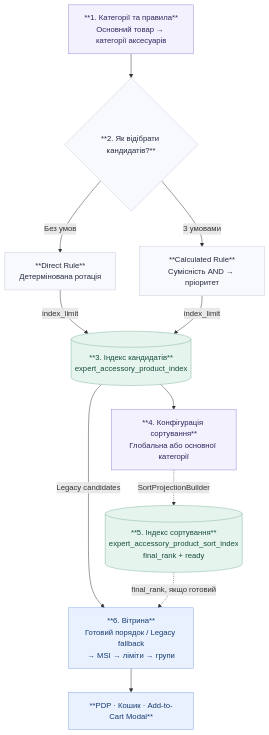
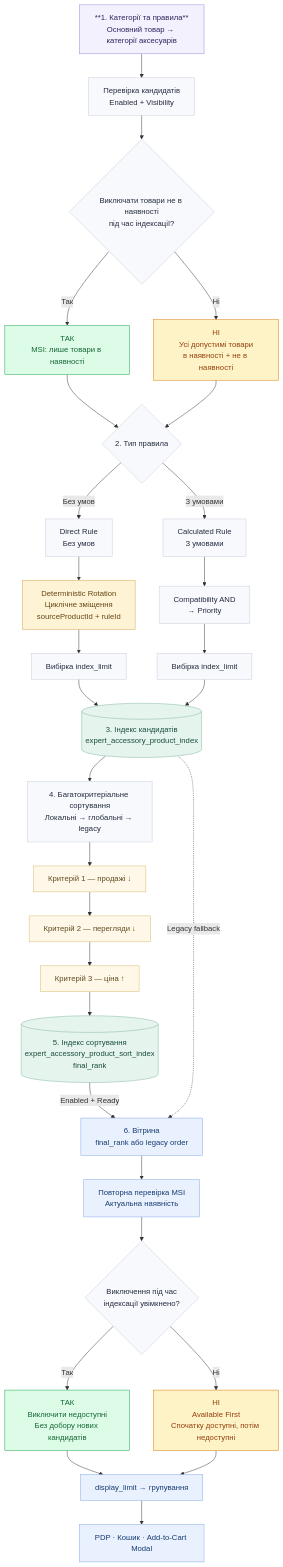
One commit to tviggyr/expert-docs changed the diagram in docs/published/backend/accessories/accessories-guide-with-flow.md. Above: the diagram before and after it, drawn with Mermaid. The commit also changed other lines of this file and 16 other files, not shown here.

````diff
--- a/docs/published/backend/accessories/accessories-guide-with-flow.md
+++ b/docs/published/backend/accessories/accessories-guide-with-flow.md
@@ -1248,32 +1248,68 @@
 ```mermaid
 flowchart TB
     A["**1. Категорії та правила**<br/>Основний товар → категорії аксесуарів"]
-    B{"**2. Як відібрати кандидатів?**"}
-    D["**Direct Rule**<br/>Детермінована ротація"]
-    C["**Calculated Rule**<br/>Сумісність AND → пріоритет"]
-    I[("**3. Індекс кандидатів**<br/>expert_accessory_product_index")]
-    G["**4. Конфігурація сортування**<br/>Глобальна або основної категорії"]
-    P[("**5. Індекс сортування**<br/>expert_accessory_product_sort_index<br/>final_rank + ready")]
-    S["**6. Вітрина**<br/>Готовий порядок / Legacy fallback<br/>→ MSI → ліміти → групи"]
-    O["**PDP · Кошик · Add-to-Cart Modal**"]
+    E["Перевірка кандидатів<br/>Enabled + Visibility"]
+    X{"Виключати товари не в наявності<br/>під час індексації?"}
+    Y["ТАК<br/>MSI: лише товари в наявності"]
+    N["НІ<br/>Усі допустимі товари<br/>в наявності + не в наявності"]
 
-    A --> B
-    B -->|Без умов| D
-    B -->|З умовами| C
-    D -->|index_limit| I
-    C -->|index_limit| I
-    I --> G
-    G -.->|SortProjectionBuilder| P
-    I -->|Legacy candidates| S
-    P -.->|final_rank, якщо готовий| S
-    S --> O
+    B{"2. Тип правила"}
+    D["Direct Rule<br/>Без умов"]
+    R["Deterministic Rotation<br/>Циклічне зміщення<br/>sourceProductId + ruleId"]
+    DL["Вибірка index_limit"]
+
+    C["Calculated Rule<br/>З умовами"]
+    CP["Compatibility AND<br/>→ Priority"]
+    CL["Вибірка index_limit"]
+
+    I[("3. Індекс кандидатів<br/>expert_accessory_product_index")]
+
+    M["4. Багатокритеріальне сортування<br/>Локальні → глобальні → legacy"]
+    K1["Критерій 1 — продажі ↓"]
+    K2["Критерій 2 — перегляди ↓"]
+    K3["Критерій 3 — ціна ↑"]
+    P[("5. Індекс сортування<br/>expert_accessory_product_sort_index<br/>final_rank")]
+
+    S["6. Вітрина<br/>final_rank або legacy order"]
+    Q["Повторна перевірка MSI<br/>Актуальна наявність"]
+    V{"Виключення під час<br/>індексації увімкнено?"}
+    VS["ТАК<br/>Виключити недоступні<br/>Без добору нових кандидатів"]
+    VN["НІ<br/>Available First<br/>Спочатку доступні, потім недоступні"]
+    L["display_limit → групування"]
+    O["PDP · Кошик · Add-to-Cart Modal"]
+
+    A --> E --> X
+    X -->|Так| Y --> B
+    X -->|Ні| N --> B
+
+    B -->|Без умов| D --> R --> DL --> I
+    B -->|З умовами| C --> CP --> CL --> I
+
+    I --> M
+    M --> K1 --> K2 --> K3 --> P
+    P -->|Enabled + Ready| S
+    I -.->|Legacy fallback| S
+
+    S --> Q --> V
+    V -->|Так| VS --> L
+    V -->|Ні| VN --> L
+    L --> O
 
     classDef input fill:#f4f1ff,stroke:#9b85db,color:#30245b
     classDef logic fill:#f8f9fc,stroke:#c5ccdb,color:#242c40
+    classDef rotation fill:#fff3d6,stroke:#d6a34b,color:#634713
     classDef index fill:#e6f4ee,stroke:#82b5a0,color:#174d3d
+    classDef criterion fill:#fff8e8,stroke:#d8b96d,color:#604b1e
     classDef runtime fill:#e9f1ff,stroke:#82a8e6,color:#173c70
-    class A,G input
-    class B,C,D logic
+    classDef yes fill:#dcfce7,stroke:#16a34a,color:#166534
+    classDef no fill:#fef3c7,stroke:#d97706,color:#92400e
+
+    class A input
+    class E,X,B,D,DL,C,CP,CL,M,V logic
+    class R rotation
     class I,P index
-    class S,O runtime
+    class K1,K2,K3 criterion
+    class S,Q,L,O runtime
+    class Y,VS yes
+    class N,VN no
 ```
````
